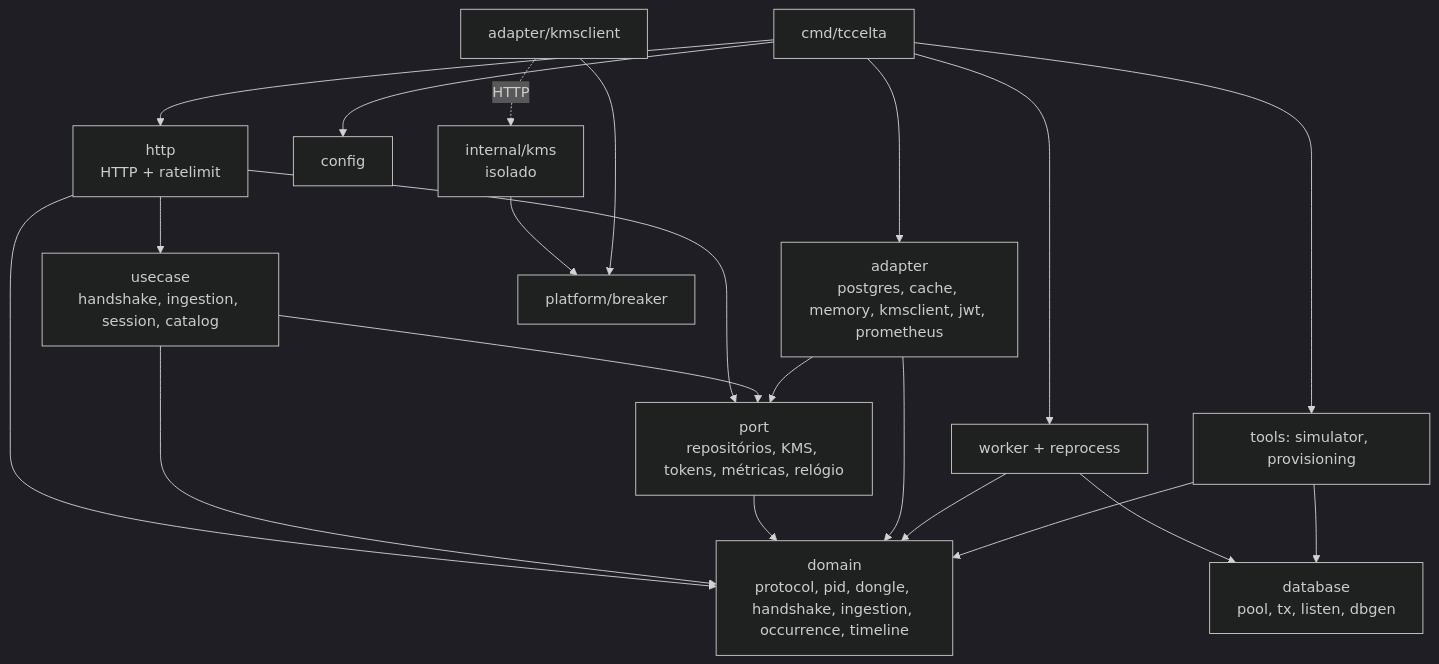
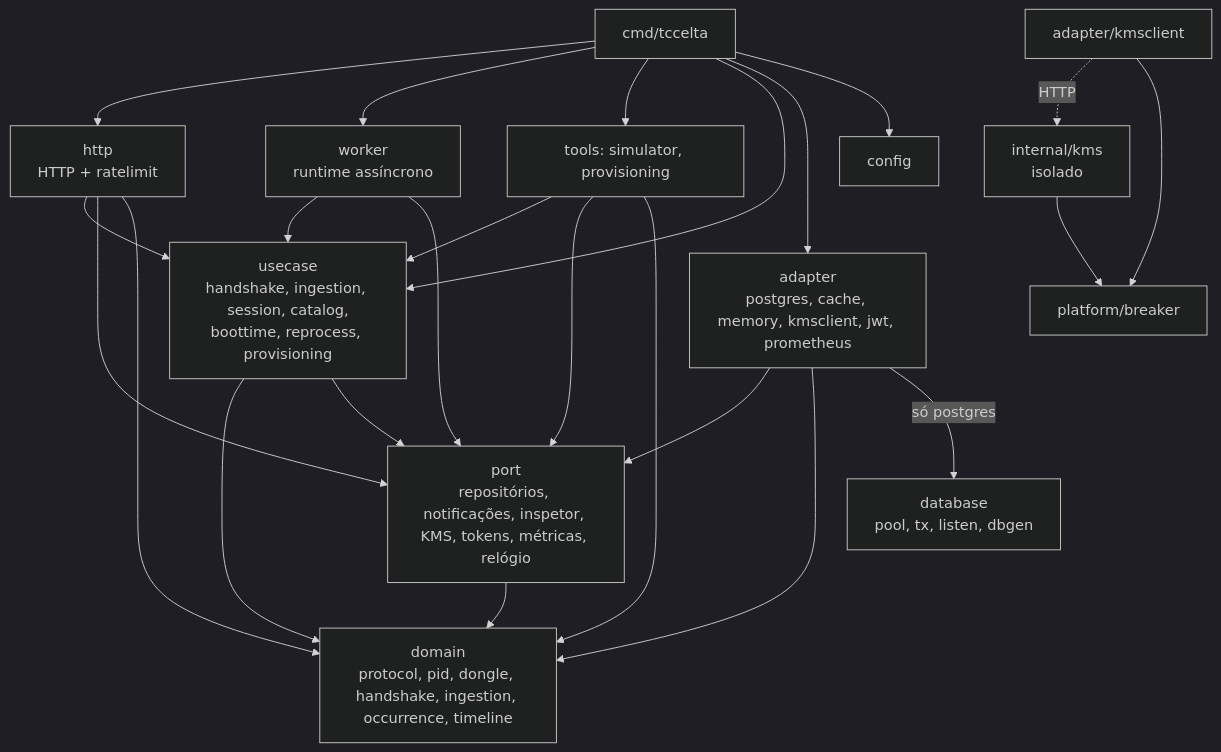
One commit to rodrigomarcolin/tccelta changed the diagram in .spec/fase-3-servidor/03-api-go-arquitetura.md. Above: the diagram before and after it, drawn with Mermaid (dark theme). The commit also changed other lines of this file and 11 other files, not shown here.

First line of the commit message:
refactor(backend): impõe no depguard que só adapter/postgres, database e cmd acessam o banco

````diff
--- a/.spec/fase-3-servidor/03-api-go-arquitetura.md
+++ b/.spec/fase-3-servidor/03-api-go-arquitetura.md
@@ -12,15 +12,15 @@
 ```mermaid
 flowchart TD
-    cmd[cmd/tccelta] --> http & worker & tools & adapter & config
+    cmd[cmd/tccelta] --> http & worker & tools & usecase & adapter & config
     http[http<br/>HTTP + ratelimit] --> usecase & port & domain
-    usecase[usecase<br/>handshake, ingestion, session, catalog] --> domain & port
-    port[port<br/>repositórios, KMS, tokens, métricas, relógio] --> domain
+    usecase[usecase<br/>handshake, ingestion, session, catalog,<br/>boottime, reprocess, provisioning] --> domain & port
+    port[port<br/>repositórios, notificações, inspetor, KMS, tokens, métricas, relógio] --> domain
     adapter[adapter<br/>postgres, cache, memory, kmsclient, jwt, prometheus] --> port & domain
-    worker[worker + reprocess] --> database & domain
-    tools[tools: simulator, provisioning] --> database & domain
-    database[database<br/>pool, tx, listen, dbgen]
+    worker[worker<br/>runtime assíncrono] --> usecase & port
+    tools[tools: simulator, provisioning] --> usecase & port & domain
+    adapter -->|só postgres| database[database<br/>pool, tx, listen, dbgen]
     domain[domain<br/>protocol, pid, dongle, handshake, ingestion, occurrence, timeline]
     kmsclient[adapter/kmsclient] -.HTTP.-> kms[internal/kms<br/>isolado]
     kms --> breaker[platform/breaker]
     kmsclient --> breaker
 ```
````
